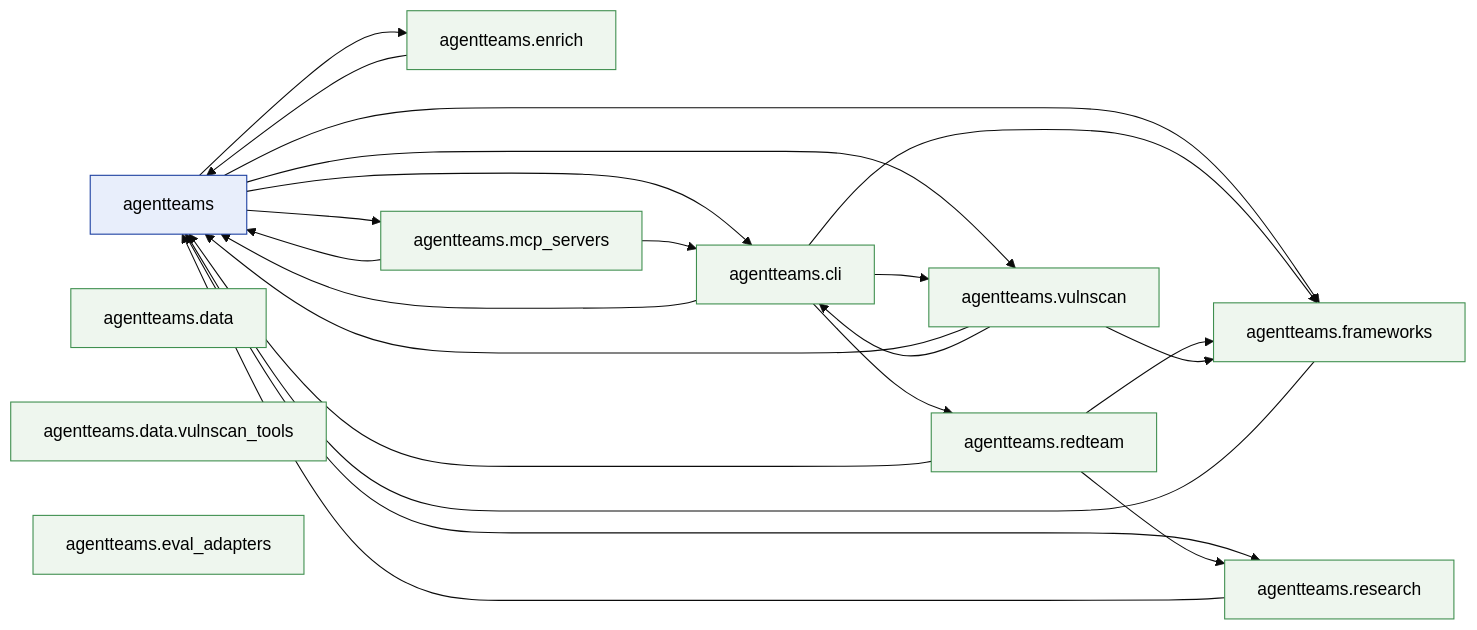
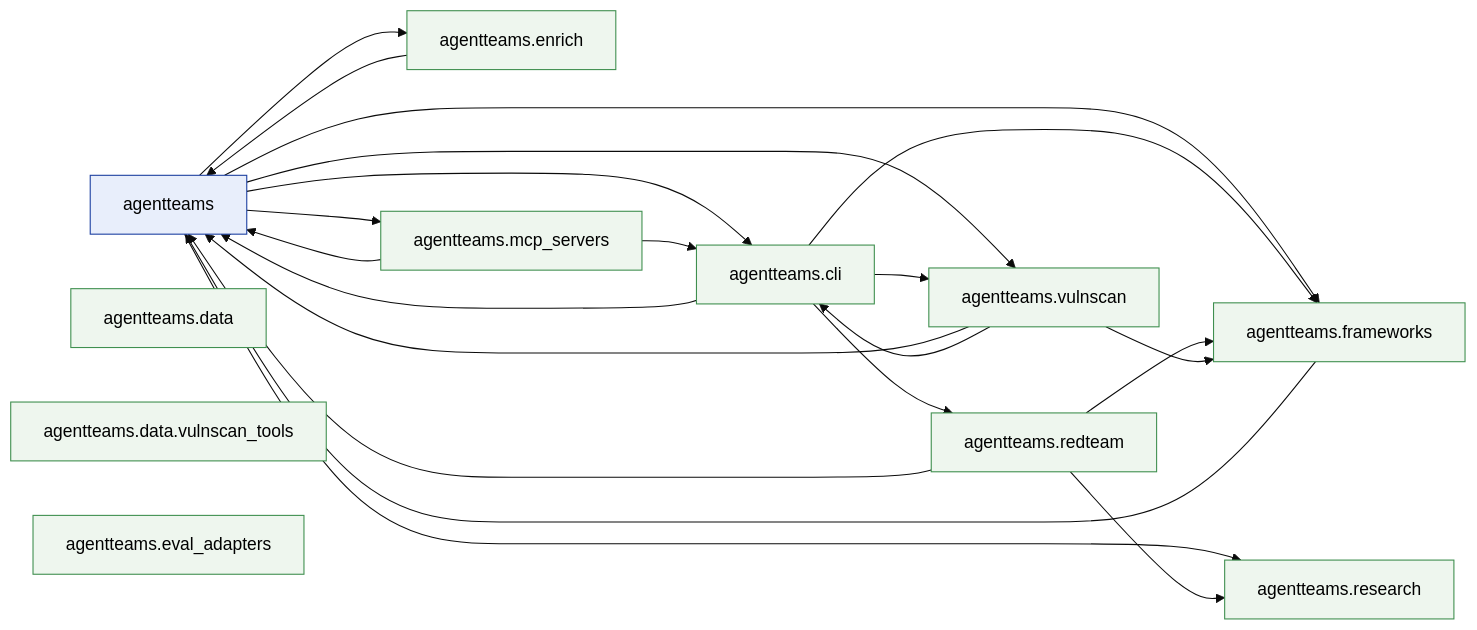
One commit to jlcatonjr/agentteams changed the first of 2 diagrams in references/architecture-graph.md. Above: the diagram before and after it, drawn with Mermaid (base theme). The commit also changed other lines of this file and 12 other files, not shown here.

````diff
--- a/references/architecture-graph.md
+++ b/references/architecture-graph.md
@@ -416,48 +407,47 @@
 ```mermaid
 flowchart LR
     classDef root fill:#e8eefb,stroke:#1b3fa0,color:#000
     classDef sub  fill:#eef6ee,stroke:#3f8f4f,color:#000
     agentteams["agentteams"]
     class agentteams root
     agentteams_cli["agentteams.cli"]
     class agentteams_cli sub
     agentteams_data["agentteams.data"]
     class agentteams_data sub
     agentteams_data_vulnscan_tools["agentteams.data.vulnscan_tools"]
     class agentteams_data_vulnscan_tools sub
     agentteams_enrich["agentteams.enrich"]
     class agentteams_enrich sub
     agentteams_eval_adapters["agentteams.eval_adapters"]
     class agentteams_eval_adapters sub
     agentteams_frameworks["agentteams.frameworks"]
     class agentteams_frameworks sub
     agentteams_mcp_servers["agentteams.mcp_servers"]
     class agentteams_mcp_servers sub
     agentteams_redteam["agentteams.redteam"]
     class agentteams_redteam sub
     agentteams_research["agentteams.research"]
     class agentteams_research sub
     agentteams_vulnscan["agentteams.vulnscan"]
     class agentteams_vulnscan sub
     agentteams --> agentteams_cli
     agentteams --> agentteams_enrich
     agentteams --> agentteams_frameworks
     agentteams --> agentteams_mcp_servers
     agentteams --> agentteams_research
     agentteams --> agentteams_vulnscan
     agentteams_cli --> agentteams
     agentteams_cli --> agentteams_frameworks
     agentteams_cli --> agentteams_redteam
     agentteams_cli --> agentteams_vulnscan
     agentteams_enrich --> agentteams
     agentteams_frameworks --> agentteams
     agentteams_mcp_servers --> agentteams
     agentteams_mcp_servers --> agentteams_cli
     agentteams_redteam --> agentteams
     agentteams_redteam --> agentteams_frameworks
     agentteams_redteam --> agentteams_research
-    agentteams_research --> agentteams
     agentteams_vulnscan --> agentteams
     agentteams_vulnscan --> agentteams_cli
     agentteams_vulnscan --> agentteams_frameworks
 ```
````
